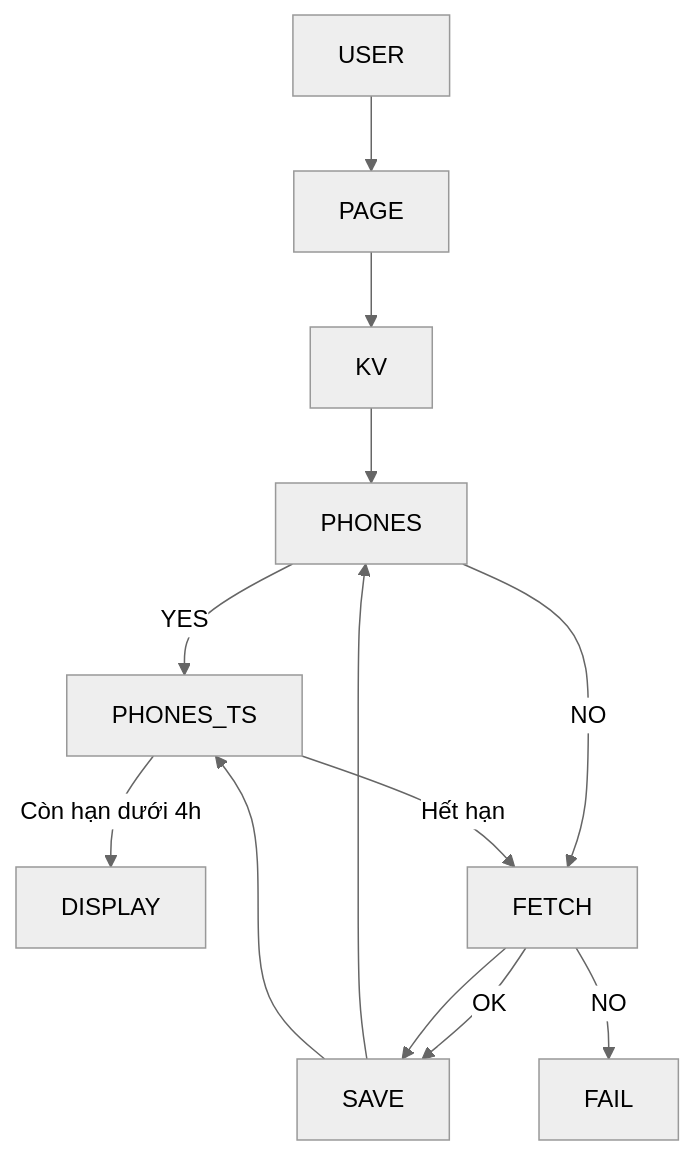
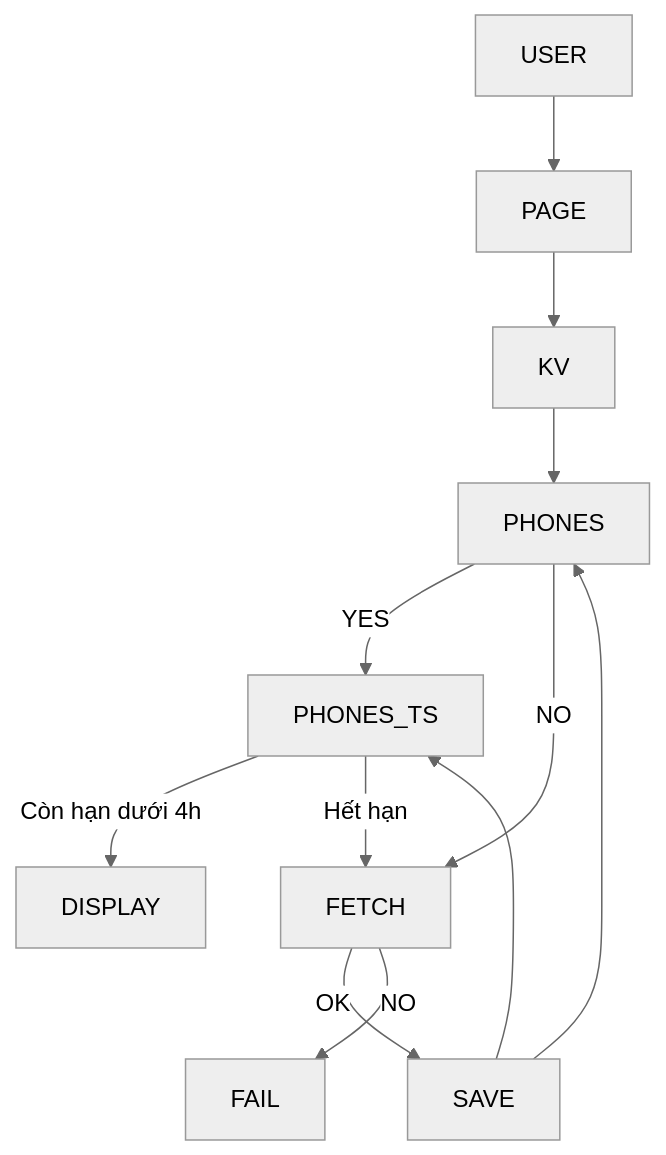
Before and after one commit to rungkhoai/cf-worker-call-redirect-docs: the diagram in README.md, drawn with Mermaid (neutral theme).

````diff
--- a/README.md
+++ b/README.md
@@ -3,14 +3,14 @@
 ```mermaid
 flowchart TD
 USER --> PAGE --> KV --> PHONES --> |YES| PHONES_TS --> |"Còn hạn dưới 4h"| DISPLAY
 
 PHONES -->|NO| FETCH --> |OK| SAVE
 
-PHONES_TS --> |"Hết hạn"| FETCH --> SAVE
+PHONES_TS --> |"Hết hạn"| FETCH
 
 FETCH --> |NO| FAIL
 
 SAVE --> PHONES
 SAVE --> PHONES_TS
 
 ```
````
